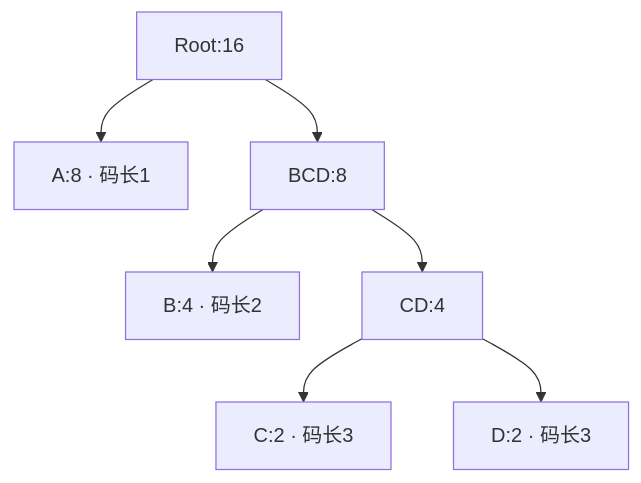
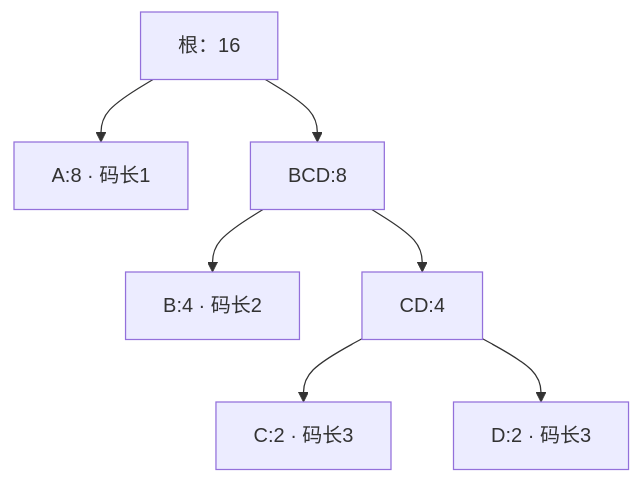
One commit to cla7aye15I4nd/zlib-f changed the diagram in site/content/sample/huffman-tree.zh.md. Above: the diagram before and after it, drawn with Mermaid. The commit also changed other lines of this file and 58 other files, not shown here.

````diff
--- a/site/content/sample/huffman-tree.zh.md
+++ b/site/content/sample/huffman-tree.zh.md
@@ -29,9 +29,9 @@
 ```mermaid
 flowchart TD
-    R["Root:16"] --> A["A:8 · 码长1"]
+    R["根：16"] --> A["A:8 · 码长1"]
     R --> X["BCD:8"]
     X --> B["B:4 · 码长2"]
     X --> Y["CD:4"]
     Y --> C["C:2 · 码长3"]
     Y --> D["D:2 · 码长3"]
 ```
````
